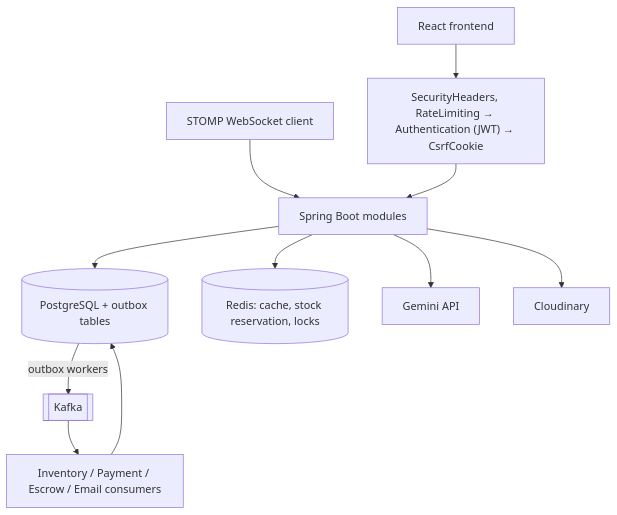
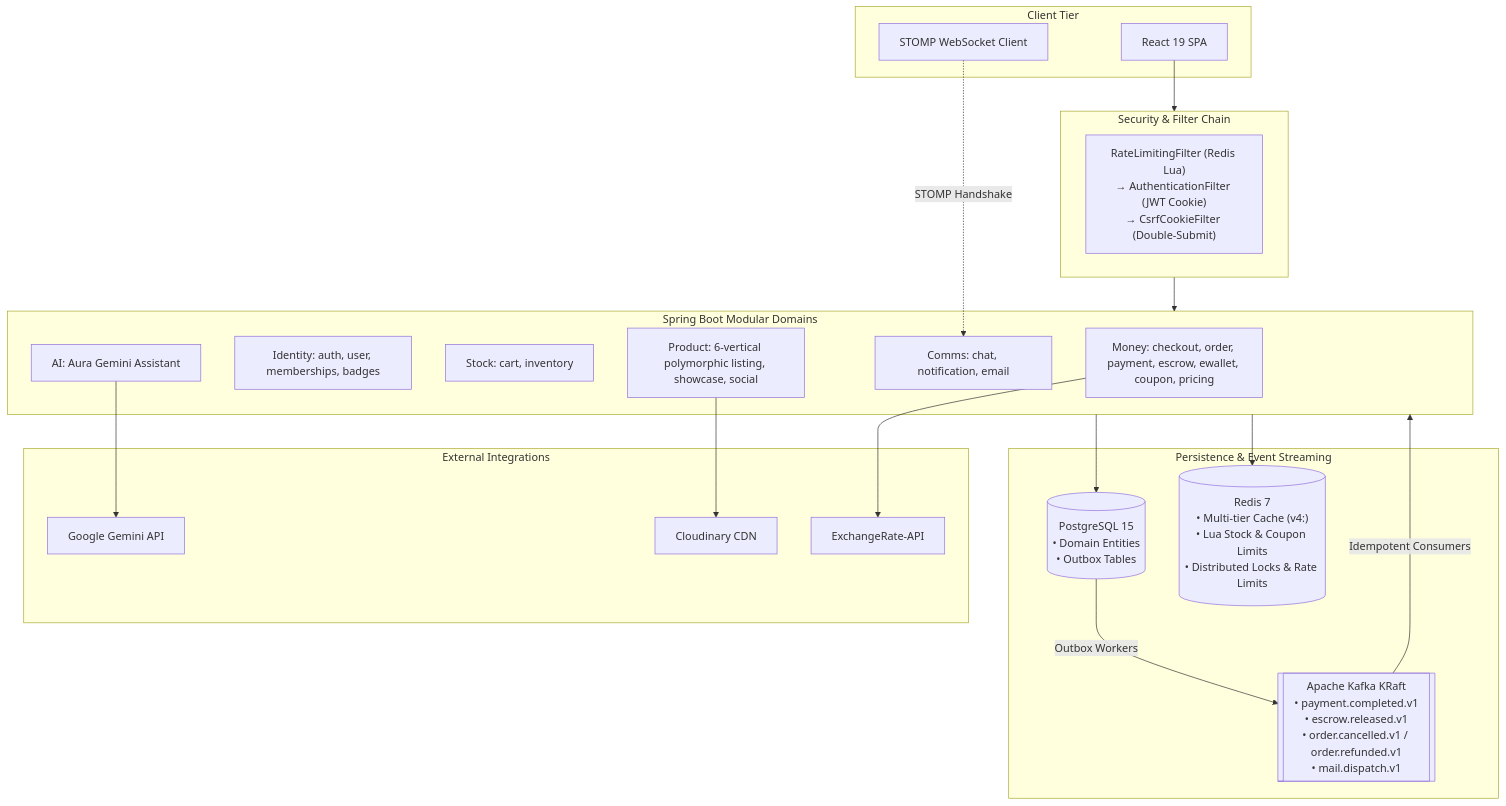
The diagram in README.md (Shyesilbas/secondHand), drawn with Mermaid before and after one commit. The commit also changed other lines of this file, not shown here.

Commit message:
docs: modernize and redesign root README with clean layout and full domain map

````diff
--- a/README.md
+++ b/README.md
@@ -11,13 +27,43 @@
 ```mermaid
-graph TD
-    React["React frontend"] --> Filters["SecurityHeaders, RateLimiting → Authentication (JWT) → CsrfCookie"]
-    Chat["STOMP WebSocket client"] --> Backend
-    Filters --> Backend["Spring Boot modules"]
-    Backend --> PG[("PostgreSQL + outbox tables")]
-    Backend --> Redis[("Redis: cache, stock reservation, locks")]
-    PG -->|"outbox workers"| Kafka[["Kafka"]]
-    Kafka --> Consumers["Inventory / Payment / Escrow / Email consumers"]
-    Consumers --> PG
-    Backend --> Gemini["Gemini API"]
-    Backend --> Cloudinary["Cloudinary"]
+flowchart TD
+    subgraph Client["Client Tier"]
+        UI["React 19 SPA"]
+        WS["STOMP WebSocket Client"]
+    end
+
+    subgraph Security["Security & Filter Chain"]
+        Filters["RateLimitingFilter (Redis Lua)<br/>→ AuthenticationFilter (JWT Cookie)<br/>→ CsrfCookieFilter (Double-Submit)"]
+    end
+
+    subgraph Backend["Spring Boot Modular Domains"]
+        Money["Money: checkout, order, payment, escrow, ewallet, coupon, pricing"]
+        Identity["Identity: auth, user, memberships, badges"]
+        Stock["Stock: cart, inventory"]
+        Product["Product: 6-vertical polymorphic listing, showcase, social"]
+        Comms["Comms: chat, notification, email"]
+        Aura["AI: Aura Gemini Assistant"]
+    end
+
+    subgraph Data["Persistence & Event Streaming"]
+        PG[("PostgreSQL 15<br/>• Domain Entities<br/>• Outbox Tables")]
+        Redis[("Redis 7<br/>• Multi-tier Cache (v4:)<br/>• Lua Stock & Coupon Limits<br/>• Distributed Locks & Rate Limits")]
+        Kafka[["Apache Kafka KRaft<br/>• payment.completed.v1<br/>• escrow.released.v1<br/>• order.cancelled.v1 / order.refunded.v1<br/>• mail.dispatch.v1"]]
+    end
+
+    subgraph External["External Integrations"]
+        Gemini["Google Gemini API"]
+        Cloudinary["Cloudinary CDN"]
+        Exchange["ExchangeRate-API"]
+    end
+
+    UI --> Security
+    WS -.->|"STOMP Handshake"| Comms
+    Security --> Backend
+    Backend --> PG
+    Backend --> Redis
+    PG -->|"Outbox Workers"| Kafka
+    Kafka -->|"Idempotent Consumers"| Backend
+    Aura --> Gemini
+    Product --> Cloudinary
+    Money --> Exchange
 ```
````
